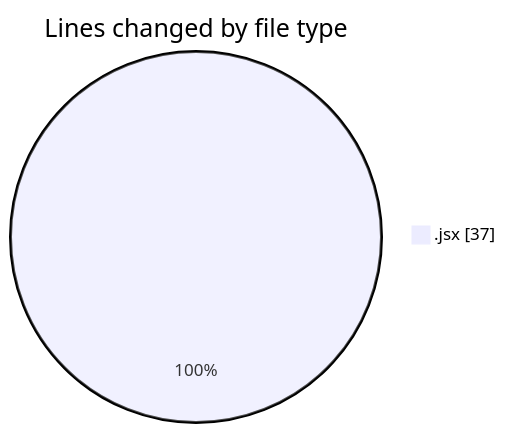
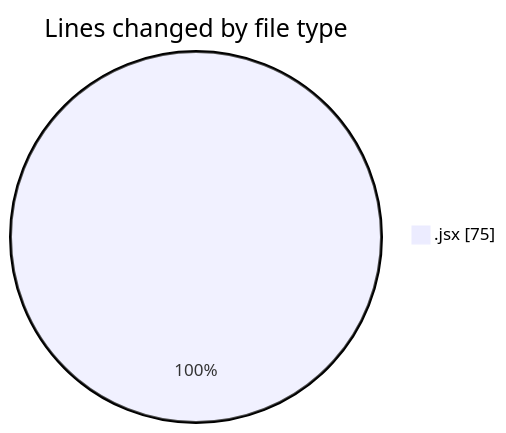
Before and after one commit to nxtqubesakshisongat/code-tracking: the first of 2 diagrams in 2025-06-05/nxtqube_webapp/README.md, drawn with Mermaid. The commit also changed other lines of this file and 1 other file, not shown here.

````diff
--- a/2025-06-05/nxtqube_webapp/README.md
+++ b/2025-06-05/nxtqube_webapp/README.md
@@ -20,5 +21,5 @@
 ```mermaid
 pie showData
 title Lines changed by file type
-".jsx" : 37
+".jsx" : 75
 ```
````
